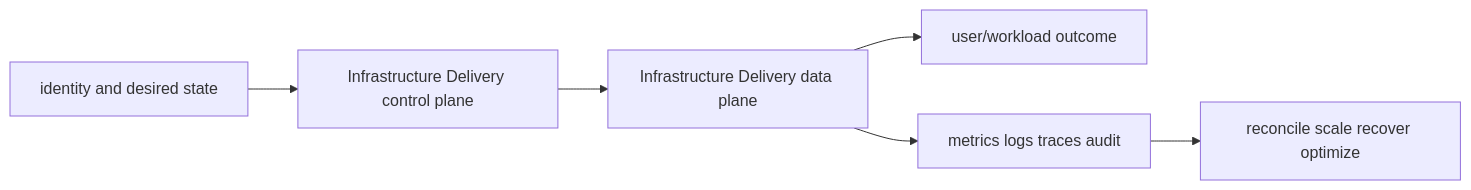
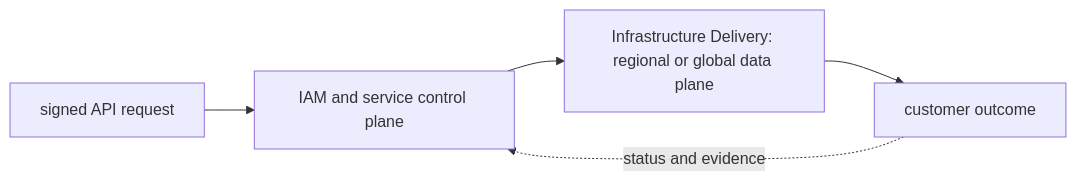
Before and after one commit to tomkidumbuyo/DevOps-interview-preparation: the second of 2 diagrams in 07-aws/10-infrastructure-delivery/README.md, drawn with Mermaid. The commit also changed other lines of this file and 753 other files, not shown here.

````diff
--- a/07-aws/10-infrastructure-delivery/README.md
+++ b/07-aws/10-infrastructure-delivery/README.md
@@ -39,8 +50,7 @@
 ```mermaid
 flowchart LR
-  I[identity and desired state] --> C[Infrastructure Delivery control plane]
-  C --> D[Infrastructure Delivery data plane]
-  D --> U[user/workload outcome]
-  D --> O[metrics logs traces audit]
-  O --> R[reconcile scale recover optimize]
+  A["signed API request"] --> B["IAM and service control plane"]
+  B --> C["Infrastructure Delivery: regional or global data plane"]
+  C --> D["customer outcome"]
+  D -. "status and evidence" .-> B
 ```
````
